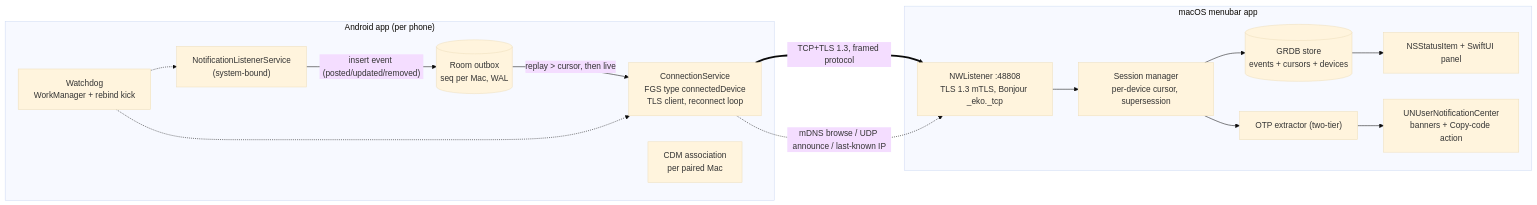
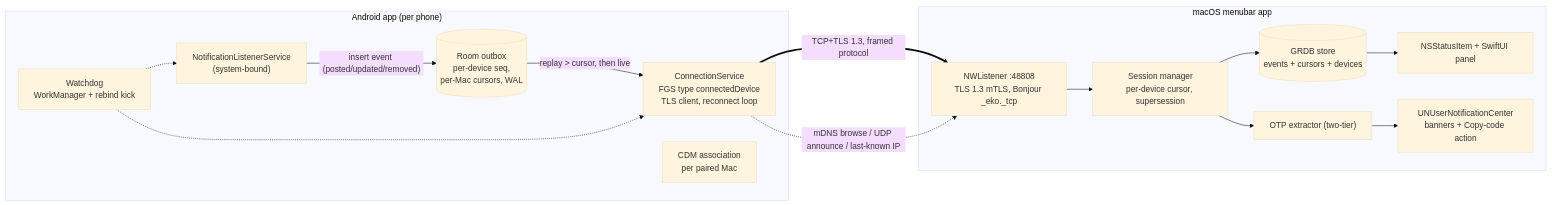
One commit to L-K-M/Eko changed the diagram in PLAN.md. Above: the diagram before and after it, drawn with Mermaid (base theme). The commit also changed other lines of this file, not shown here.

First line of the commit message:
Review fixes: seq-space scoping, retention bound, pairing/protocol gaps

````diff
--- a/PLAN.md
+++ b/PLAN.md
@@ -200,29 +200,29 @@
 ```mermaid
 flowchart LR
     subgraph Phone["Android app (per phone)"]
         NLS["NotificationListenerService<br/>(system-bound)"]
-        OUT[("Room outbox<br/>seq per Mac, WAL")]
+        OUT[("Room outbox<br/>per-device seq,<br/>per-Mac cursors, WAL")]
         CONN["ConnectionService<br/>FGS type connectedDevice<br/>TLS client, reconnect loop"]
         CDM["CDM association<br/>per paired Mac"]
         WD["Watchdog<br/>WorkManager + rebind kick"]
         NLS -- "insert event (posted/updated/removed)" --> OUT
         OUT -- "replay > cursor, then live" --> CONN
         WD -.-> NLS
         WD -.-> CONN
     end
 
     subgraph Mac["macOS menubar app"]
         LST["NWListener :48808<br/>TLS 1.3 mTLS, Bonjour _eko._tcp"]
         SESS["Session manager<br/>per-device cursor, supersession"]
         DB[("GRDB store<br/>events + cursors + devices")]
         OTP["OTP extractor (two-tier)"]
         UI["NSStatusItem + SwiftUI panel"]
         UN["UNUserNotificationCenter<br/>banners + Copy-code action"]
         LST --> SESS --> DB
         DB --> UI
         SESS --> OTP --> UN
     end
 
     CONN == "TCP+TLS 1.3, framed protocol" ==> LST
     CONN -. "mDNS browse / UDP announce / last-known IP" .-> LST
 ```
````
